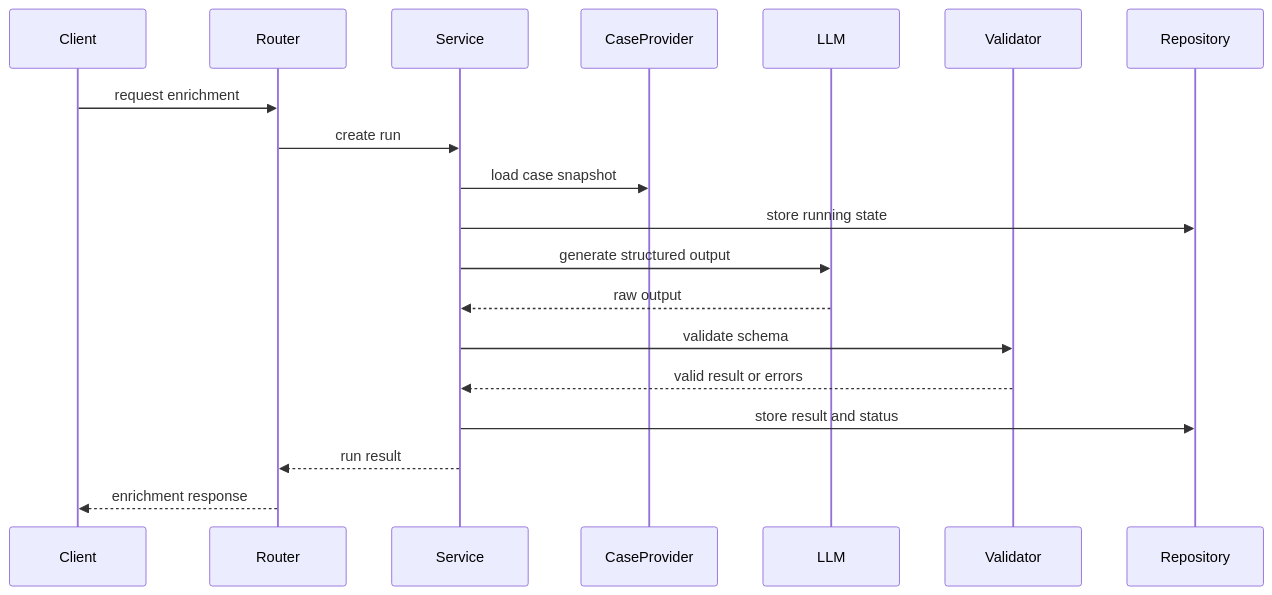
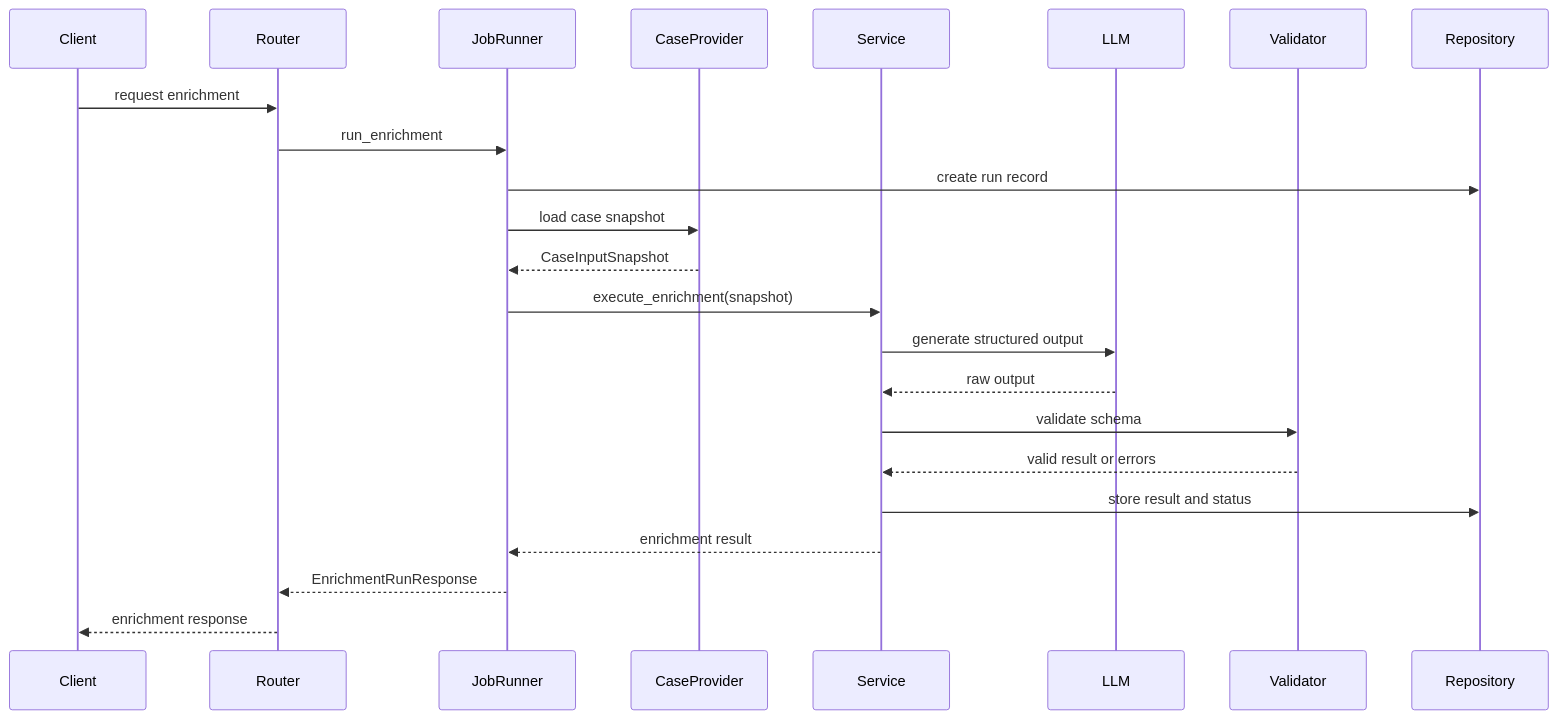
The second of 5 diagrams in .kiro/specs/llm-case-enrichment/design.md (aierdong/a3-cbr), drawn with Mermaid before and after one commit. The commit also changed other lines of this file and 41 other files, not shown here.

````diff
--- a/.kiro/specs/llm-case-enrichment/design.md
+++ b/.kiro/specs/llm-case-enrichment/design.md
@@ -162,21 +185,25 @@
 ```mermaid
 sequenceDiagram
     participant Client
     participant Router
+    participant JobRunner
+    participant CaseProvider
     participant Service
-    participant CaseProvider
     participant LLM
     participant Validator
     participant Repository
     Client->>Router: request enrichment
-    Router->>Service: create run
-    Service->>CaseProvider: load case snapshot
-    Service->>Repository: store running state
+    Router->>JobRunner: run_enrichment
+    JobRunner->>Repository: create run record
+    JobRunner->>CaseProvider: load case snapshot
+    CaseProvider-->>JobRunner: CaseInputSnapshot
+    JobRunner->>Service: execute_enrichment(snapshot)
     Service->>LLM: generate structured output
     LLM-->>Service: raw output
     Service->>Validator: validate schema
     Validator-->>Service: valid result or errors
     Service->>Repository: store result and status
-    Service-->>Router: run result
+    Service-->>JobRunner: enrichment result
+    JobRunner-->>Router: EnrichmentRunResponse
     Router-->>Client: enrichment response
 ```
````
